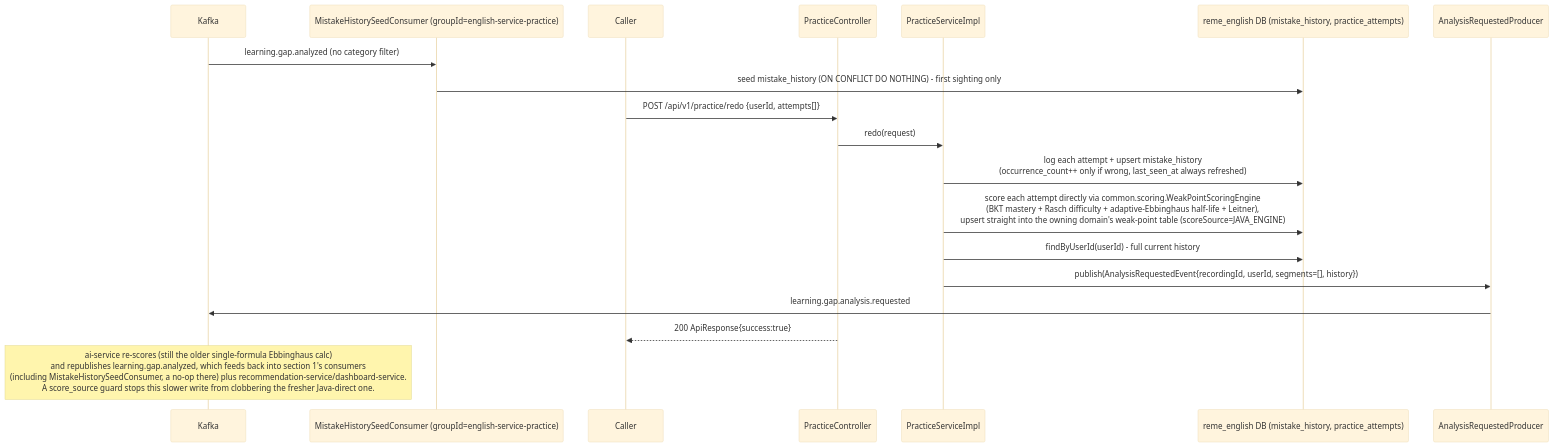
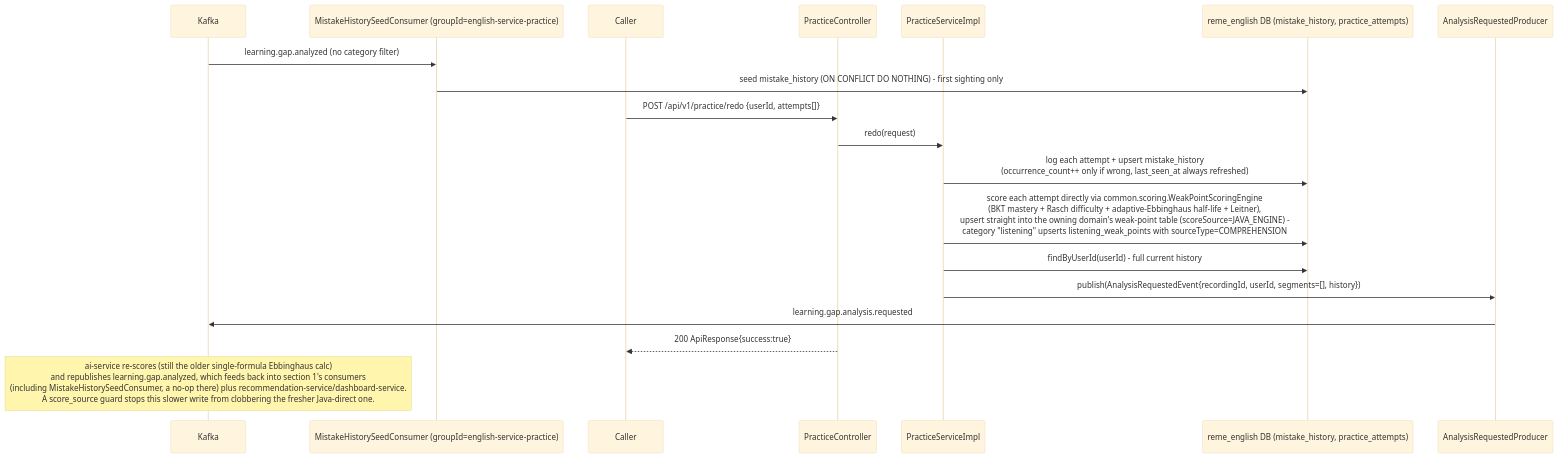
Before and after one commit to CuongNguyen13/RemeLearning: the third of 5 diagrams in docs/sequence/English_service/overview.md, drawn with Mermaid. The commit also changed other lines of this file and 12 other files, not shown here.

````diff
--- a/docs/sequence/English_service/overview.md
+++ b/docs/sequence/English_service/overview.md
@@ -173,30 +197,30 @@
 ```mermaid
 ---
 config:
   theme: base
   themeVariables:
     background: '#ffffff'
 ---
 sequenceDiagram
     participant Kafka
     participant Seed as MistakeHistorySeedConsumer (groupId=english-service-practice)
     participant Caller
     participant Ctrl as PracticeController
     participant Svc as PracticeServiceImpl
     participant DB as reme_english DB (mistake_history, practice_attempts)
     participant Producer as AnalysisRequestedProducer
 
     Kafka->>Seed: learning.gap.analyzed (no category filter)
     Seed->>DB: seed mistake_history (ON CONFLICT DO NOTHING) - first sighting only
 
     Caller->>Ctrl: POST /api/v1/practice/redo {userId, attempts[]}
     Ctrl->>Svc: redo(request)
     Svc->>DB: log each attempt + upsert mistake_history<br/>(occurrence_count++ only if wrong, last_seen_at always refreshed)
-    Svc->>DB: score each attempt directly via common.scoring.WeakPointScoringEngine<br/>(BKT mastery + Rasch difficulty + adaptive-Ebbinghaus half-life + Leitner),<br/>upsert straight into the owning domain's weak-point table (scoreSource=JAVA_ENGINE)
+    Svc->>DB: score each attempt directly via common.scoring.WeakPointScoringEngine<br/>(BKT mastery + Rasch difficulty + adaptive-Ebbinghaus half-life + Leitner),<br/>upsert straight into the owning domain's weak-point table (scoreSource=JAVA_ENGINE) -<br/>category "listening" upserts listening_weak_points with sourceType=COMPREHENSION
     Svc->>DB: findByUserId(userId) - full current history
     Svc->>Producer: publish(AnalysisRequestedEvent{recordingId, userId, segments=[], history})
     Producer->>Kafka: learning.gap.analysis.requested
     Ctrl-->>Caller: 200 ApiResponse{success:true}
 
     Note over Kafka: ai-service re-scores (still the older single-formula Ebbinghaus calc)<br/>and republishes learning.gap.analyzed, which feeds back into section 1's consumers<br/>(including MistakeHistorySeedConsumer, a no-op there) plus recommendation-service/dashboard-service.<br/>A score_source guard stops this slower write from clobbering the fresher Java-direct one.
 ```
````
